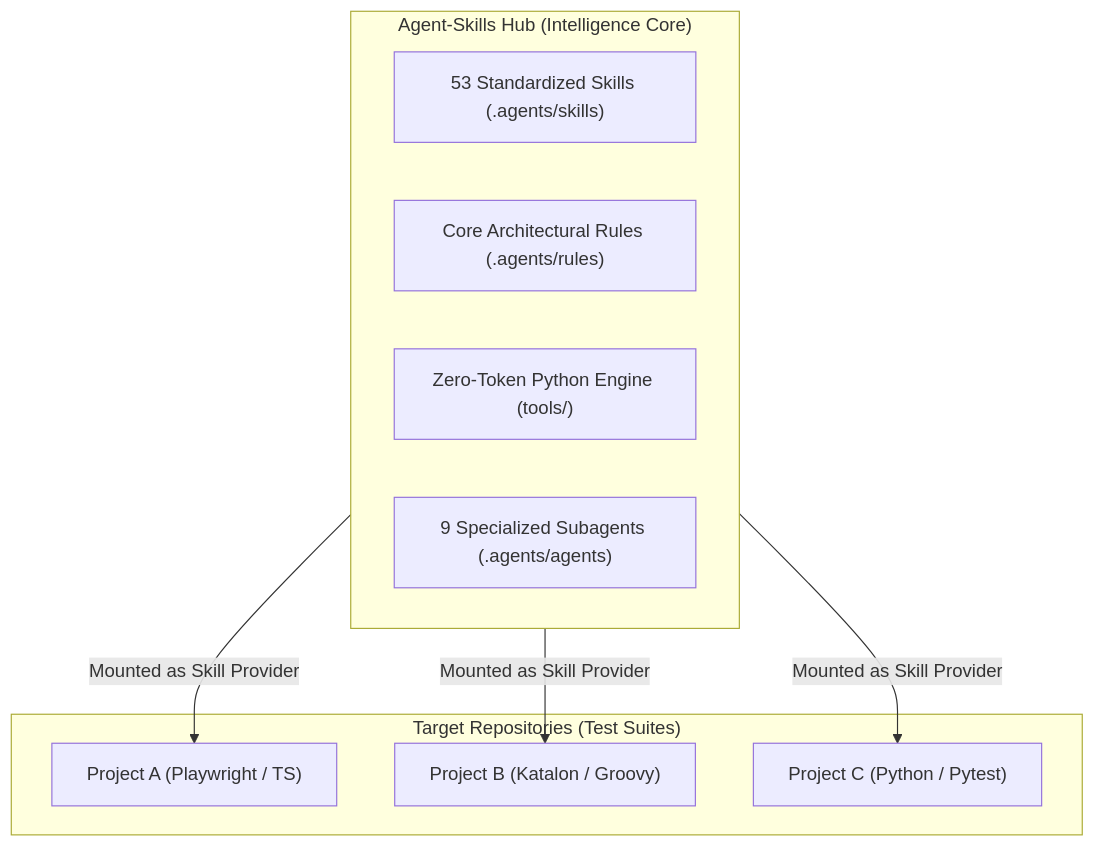
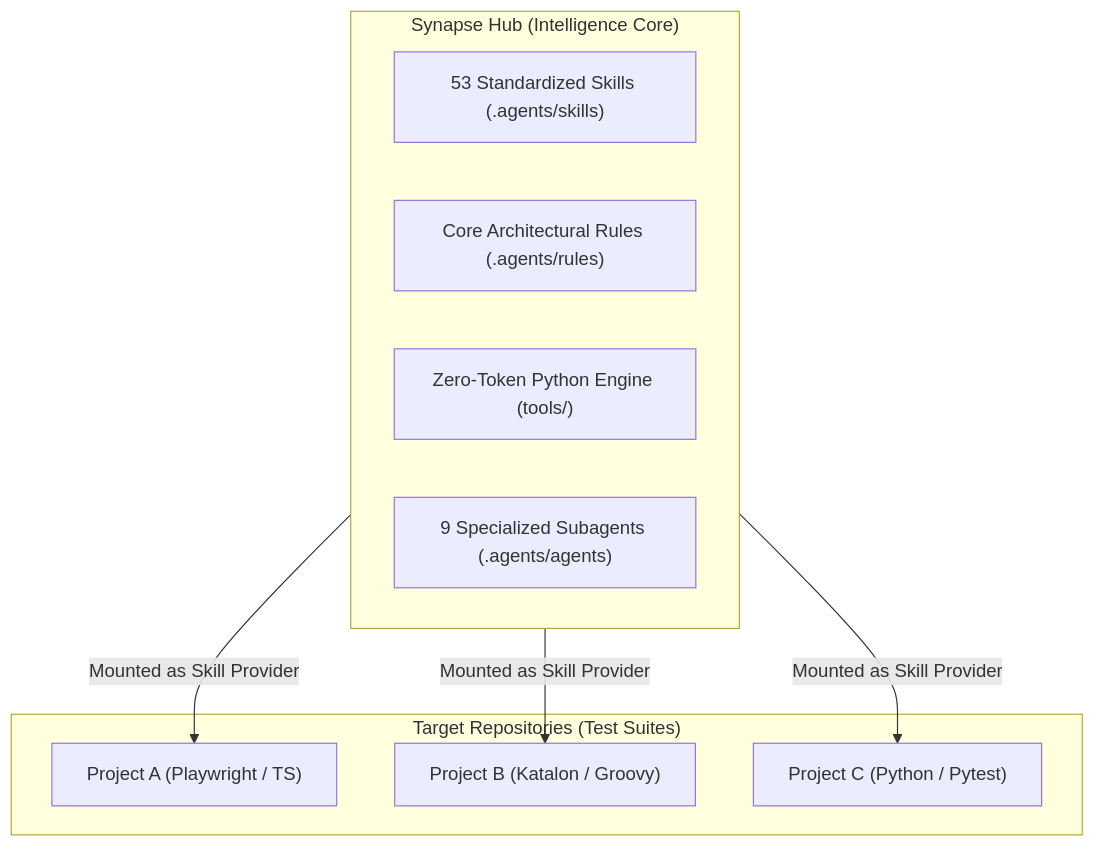
The first of 3 diagrams in docs/ARCHITECTURE.en.md (TeeVee98/Synapse-Hub), drawn with Mermaid before and after one commit. The commit also changed other lines of this file and 71 other files, not shown here.

````diff
--- a/docs/ARCHITECTURE.en.md
+++ b/docs/ARCHITECTURE.en.md
@@ -14,19 +14,19 @@
 ```mermaid
 flowchart TD
-    subgraph Hub["Agent-Skills Hub (Intelligence Core)"]
+    subgraph Hub["Synapse Hub (Intelligence Core)"]
         Catalog["53 Standardized Skills (.agents/skills)"]
         Rules["Core Architectural Rules (.agents/rules)"]
         Tools["Zero-Token Python Engine (tools/)"]
         Swarm["9 Specialized Subagents (.agents/agents)"]
     end
 
     subgraph Spokes["Target Repositories (Test Suites)"]
         Repo1["Project A (Playwright / TS)"]
         Repo2["Project B (Katalon / Groovy)"]
         Repo3["Project C (Python / Pytest)"]
     end
 
     Hub -->|Mounted as Skill Provider| Repo1
     Hub -->|Mounted as Skill Provider| Repo2
     Hub -->|Mounted as Skill Provider| Repo3
 ```
````
